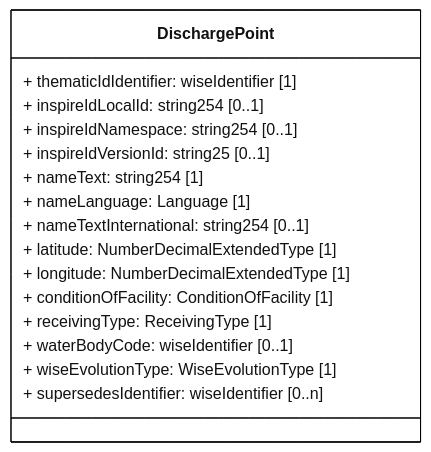
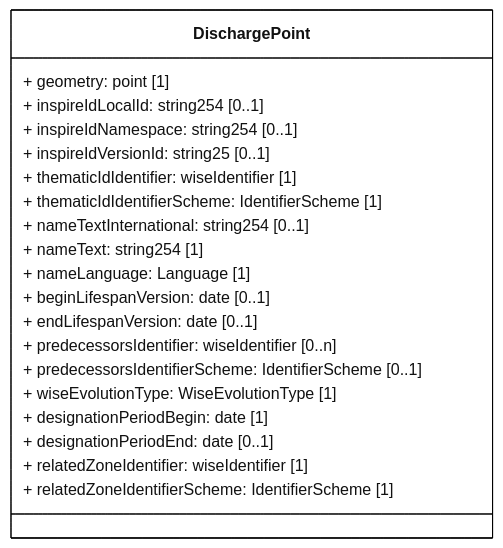
One commit to eeadata/WISE.UWWTD.Documentation changed the diagram in docs/rUWWTD2024/SpatialPoints/mmd/SpatialPoints_DischargePoint_ClassDiagram.mmd. Above: the diagram before and after it, drawn with Mermaid. The commit also changed 11 other files, not shown here.

First line of the commit message:
Align the spatial points tables with the geospatial schema and WISE

```diff
--- a/docs/rUWWTD2024/SpatialPoints/mmd/SpatialPoints_DischargePoint_ClassDiagram.mmd
+++ b/docs/rUWWTD2024/SpatialPoints/mmd/SpatialPoints_DischargePoint_ClassDiagram.mmd
@@ -1,28 +1,32 @@
 ---
 config:
   class:
     hideEmptyMembersBox: true
   layout: dagre
   theme: neutral
 ---
 classDiagram
 direction LR
 class DischargePoint {
-    + thematicIdIdentifier: wiseIdentifier [1]
+    + geometry: point [1]
     + inspireIdLocalId: string254 [0..1]
     + inspireIdNamespace: string254 [0..1]
     + inspireIdVersionId: string25 [0..1]
+    + thematicIdIdentifier: wiseIdentifier [1]
+    + thematicIdIdentifierScheme: IdentifierScheme [1]
+    + nameTextInternational: string254 [0..1]
     + nameText: string254 [1]
     + nameLanguage: Language [1]
-    + nameTextInternational: string254 [0..1]
-    + latitude: NumberDecimalExtendedType [1]
-    + longitude: NumberDecimalExtendedType [1]
-    + conditionOfFacility: ConditionOfFacility [1]
-    + receivingType: ReceivingType [1]
-    + waterBodyCode: wiseIdentifier [0..1]
+    + beginLifespanVersion: date [0..1]
+    + endLifespanVersion: date [0..1]
+    + predecessorsIdentifier: wiseIdentifier [0..n]
+    + predecessorsIdentifierScheme: IdentifierScheme [0..1]
     + wiseEvolutionType: WiseEvolutionType [1]
-    + supersedesIdentifier: wiseIdentifier [0..n]
+    + designationPeriodBegin: date [1]
+    + designationPeriodEnd: date [0..1]
+    + relatedZoneIdentifier: wiseIdentifier [1]
+    + relatedZoneIdentifierScheme: IdentifierScheme [1]
 }
 
 classDef default fill:white,stroke:#000;
 classDef forFixing fill:white,stroke:#f00;
```
